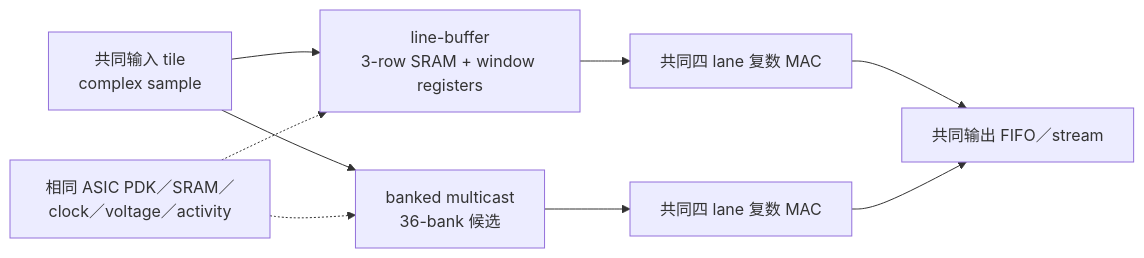
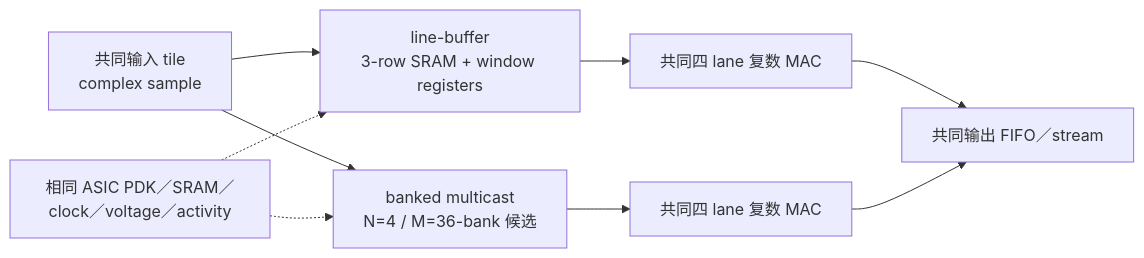
One commit to HN19781124/banked-stencil-multicast changed the diagram in docs/concepts/asic-linebuffer-comparison.zh-Hans.md. Above: the diagram before and after it, drawn with Mermaid. The commit also changed other lines of this file and 36 other files, not shown here.

```diff
--- a/docs/concepts/asic-linebuffer-comparison.zh-Hans.md
+++ b/docs/concepts/asic-linebuffer-comparison.zh-Hans.md
@@ -12,11 +13,11 @@
 ~~~mermaid
 flowchart LR
     IN[共同输入 tile<br/>complex sample] --> LB[line-buffer<br/>3-row SRAM + window registers]
-    IN --> BM[banked multicast<br/>36-bank 候选]
+    IN --> BM[banked multicast<br/>N=4 / M=36-bank 候选]
     LB --> LMAC[共同四 lane 复数 MAC]
     BM --> BMAC[共同四 lane 复数 MAC]
     LMAC --> OUT[共同输出 FIFO／stream]
     BMAC --> OUT
     PDK[相同 ASIC PDK／SRAM／clock／voltage／activity] -.-> LB
     PDK -.-> BM
 ~~~
```
